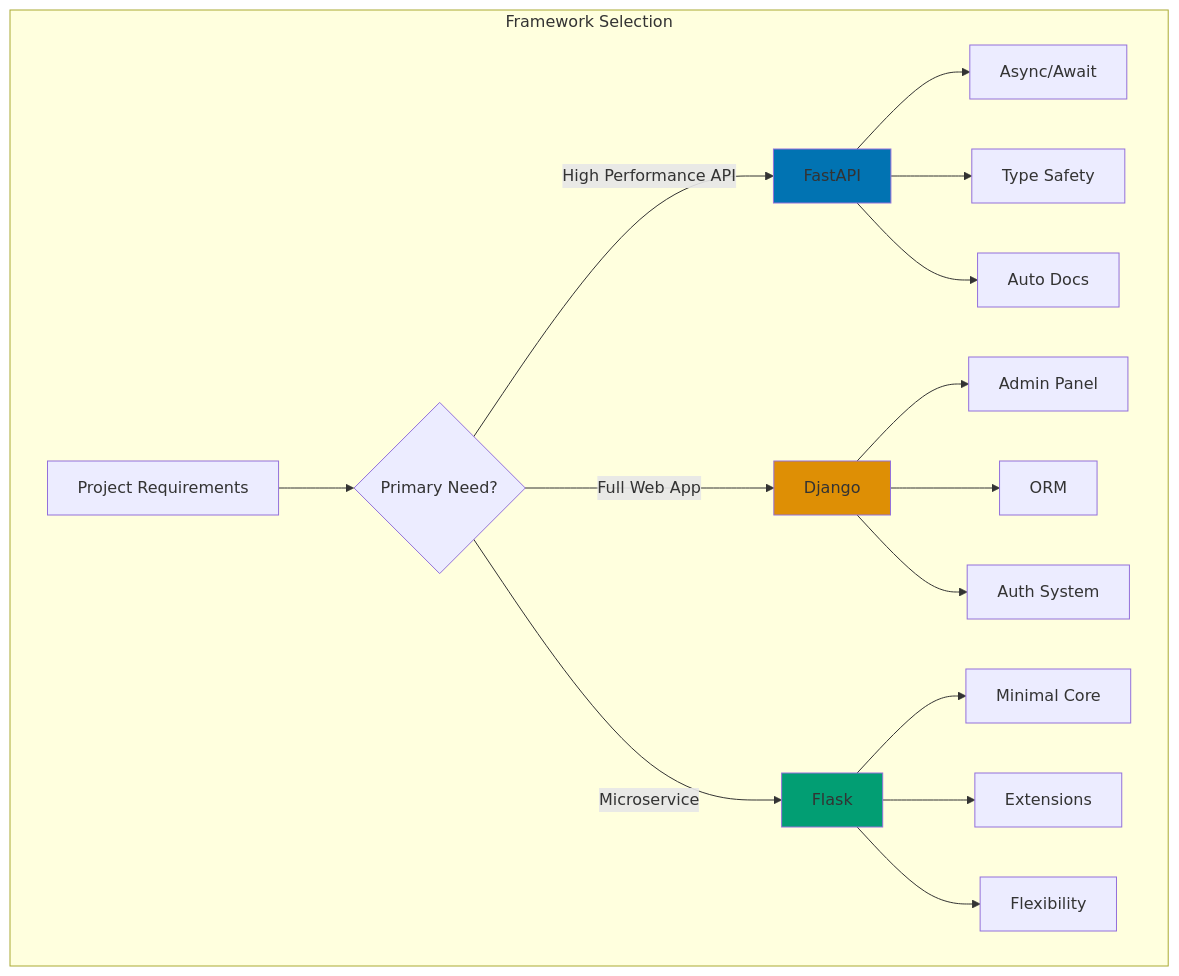
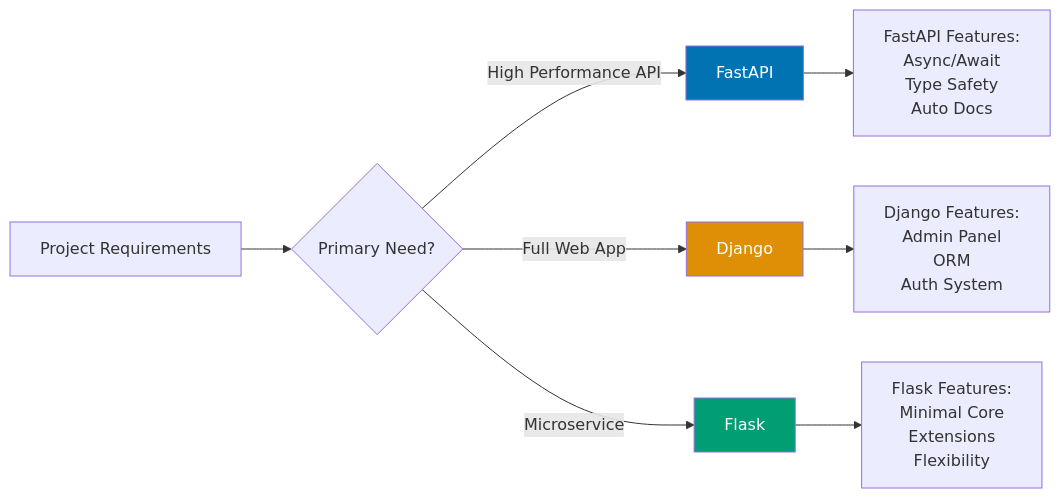
Before and after one commit to wahidyankf/open-sharia-enterprise: the first of 5 diagrams in docs/explanation/software-engineering/programming-languages/python/web-services.md, drawn with Mermaid. The commit also changed other lines of this file and 12 other files, not shown here.

First line of the commit message:
fix(docs): fix mermaid violations in python docs

````diff
--- a/docs/explanation/software-engineering/programming-languages/python/web-services.md
+++ b/docs/explanation/software-engineering/programming-languages/python/web-services.md
@@ -32,25 +32,15 @@
 ```mermaid
-graph TB
-    subgraph "Framework Selection"
-        A[Project Requirements] --> B{Primary Need?}
-        B -->|High Performance API| C[FastAPI]
-        B -->|Full Web App| D[Django]
-        B -->|Microservice| E[Flask]
+graph LR
+    A[Project Requirements] --> B{Primary Need?}
+    B -->|High Performance API| C[FastAPI]
+    B -->|Full Web App| D[Django]
+    B -->|Microservice| E[Flask]
 
-        C --> F[Async/Await]
-        C --> G[Type Safety]
-        C --> H[Auto Docs]
+    C --> F["FastAPI Features:<br/>Async/Await<br/>Type Safety<br/>Auto Docs"]
+    D --> G["Django Features:<br/>Admin Panel<br/>ORM<br/>Auth System"]
+    E --> H["Flask Features:<br/>Minimal Core<br/>Extensions<br/>Flexibility"]
 
-        D --> I[Admin Panel]
-        D --> J[ORM]
-        D --> K[Auth System]
-
-        E --> L[Minimal Core]
-        E --> M[Extensions]
-        E --> N[Flexibility]
-    end
-
-    style C fill:#0173B2
-    style D fill:#DE8F05
-    style E fill:#029E73
+    style C fill:#0173B2,color:#fff
+    style D fill:#DE8F05,color:#fff
+    style E fill:#029E73,color:#fff
 ```
````
